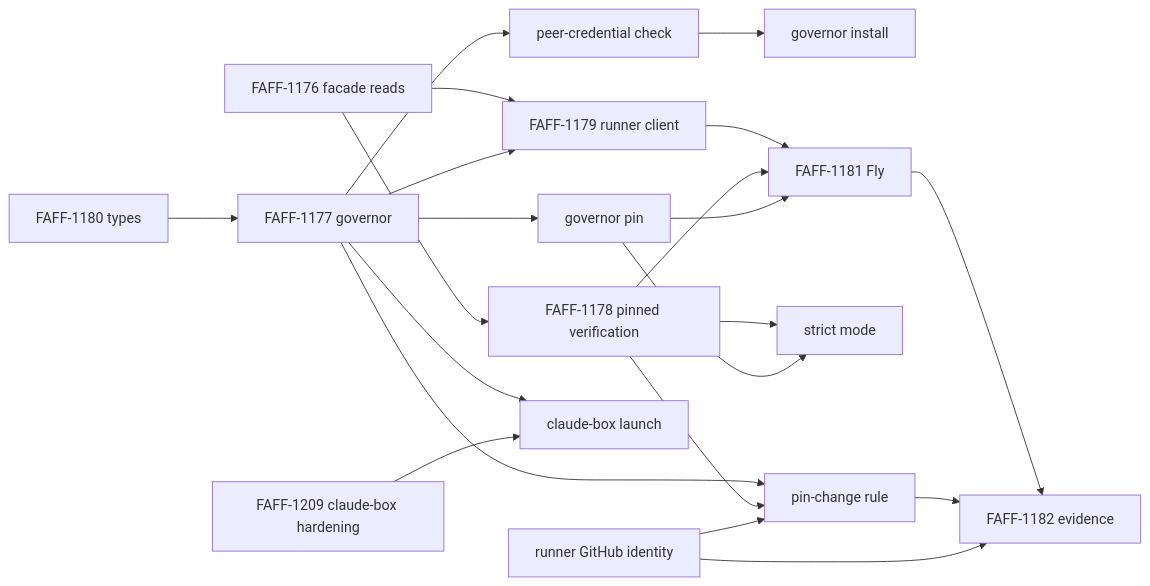
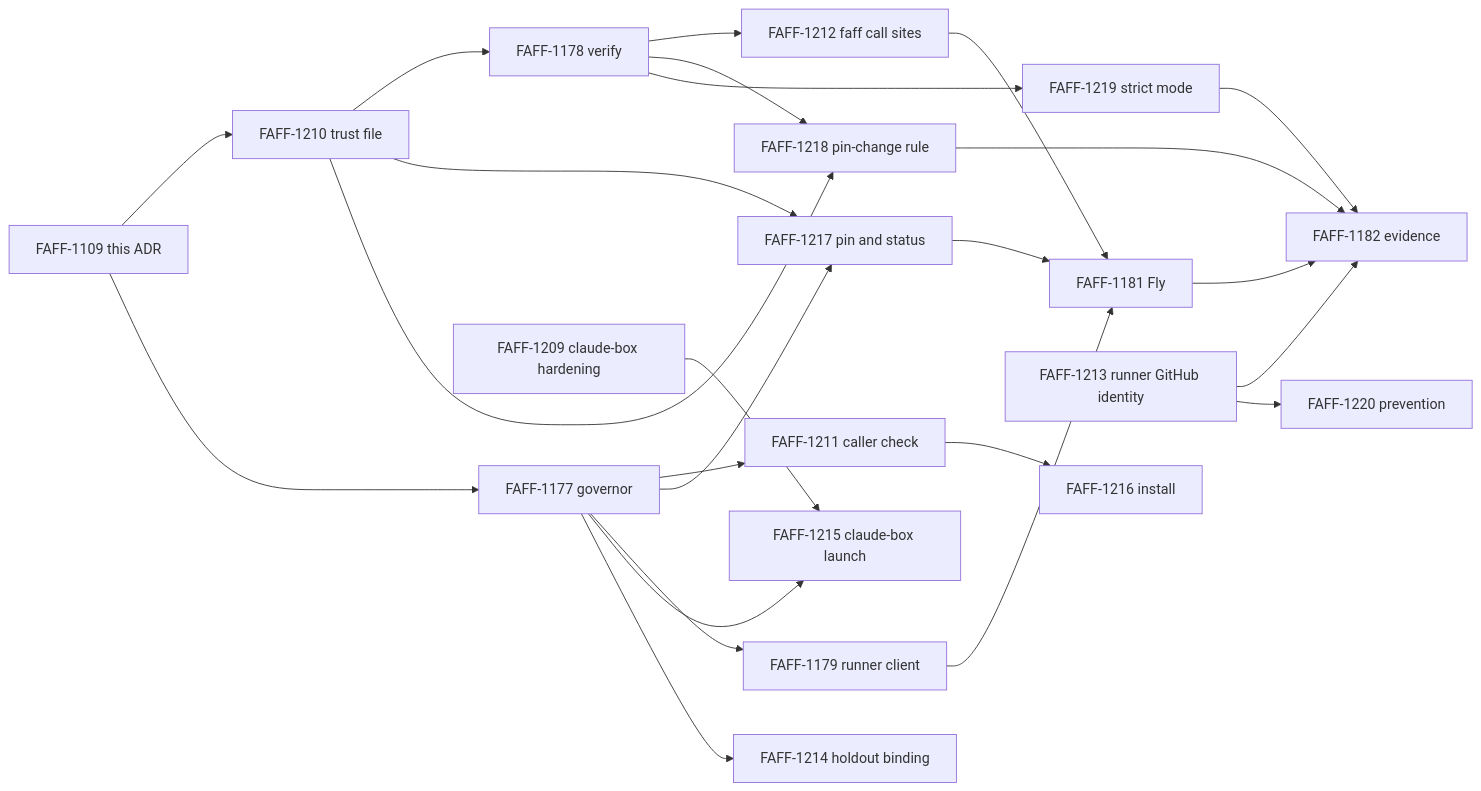
One commit to shftwst/faff changed the diagram in records/adr/0135-commissaire-governor-runs-out-of-process-opt-in-with-pinned-keys.md. Above: the diagram before and after it, drawn with Mermaid. The commit also changed other lines of this file, not shown here.

First line of the commit message:
docs(adr): make the governor part of Commissaire with a TOML trust file (FAFF-1109)

````diff
--- a/records/adr/0135-commissaire-governor-runs-out-of-process-opt-in-with-pinned-keys.md
+++ b/records/adr/0135-commissaire-governor-runs-out-of-process-opt-in-with-pinned-keys.md
@@ -294,23 +388,26 @@
 ```mermaid
 flowchart LR
-    A[FAFF-1180 types] --> B[FAFF-1177 governor]
-    C[FAFF-1176 facade reads] --> D[FAFF-1179 runner client]
-    C --> E[FAFF-1178 pinned verification]
-    B --> D
-    B --> P[peer-credential check]
-    P --> F[governor install]
-    B --> G[governor pin]
-    B --> H[pin-change rule]
-    E --> H
-    E --> S[strict mode]
-    G --> S
-    D --> I[FAFF-1181 Fly]
-    E --> I
-    G --> I
-    B --> J[claude-box launch]
-    X[FAFF-1209 claude-box hardening] --> J
-    R[runner GitHub identity] --> H
-    I --> K[FAFF-1182 evidence]
-    H --> K
-    R --> K
+    G1109[FAFF-1109 this ADR] --> T1210[FAFF-1210 trust file]
+    G1109 --> T1177[FAFF-1177 governor]
+    T1210 --> T1178[FAFF-1178 verify]
+    T1177 --> T1211[FAFF-1211 caller check]
+    T1211 --> T1216[FAFF-1216 install]
+    T1177 --> T1217[FAFF-1217 pin and status]
+    T1210 --> T1217
+    T1178 --> T1212[FAFF-1212 faff call sites]
+    T1178 --> T1218[FAFF-1218 pin-change rule]
+    T1210 --> T1218
+    T1178 --> T1219[FAFF-1219 strict mode]
+    T1177 --> T1179[FAFF-1179 runner client]
+    T1179 --> T1181[FAFF-1181 Fly]
+    T1212 --> T1181
+    T1217 --> T1181
+    T1181 --> T1182[FAFF-1182 evidence]
+    T1213[FAFF-1213 runner GitHub identity] --> T1182
+    T1218 --> T1182
+    T1219 --> T1182
+    T1209[FAFF-1209 claude-box hardening] --> T1215[FAFF-1215 claude-box launch]
+    T1177 --> T1215
+    T1213 --> T1220[FAFF-1220 prevention]
+    T1177 --> T1214[FAFF-1214 holdout binding]
 ```
````
